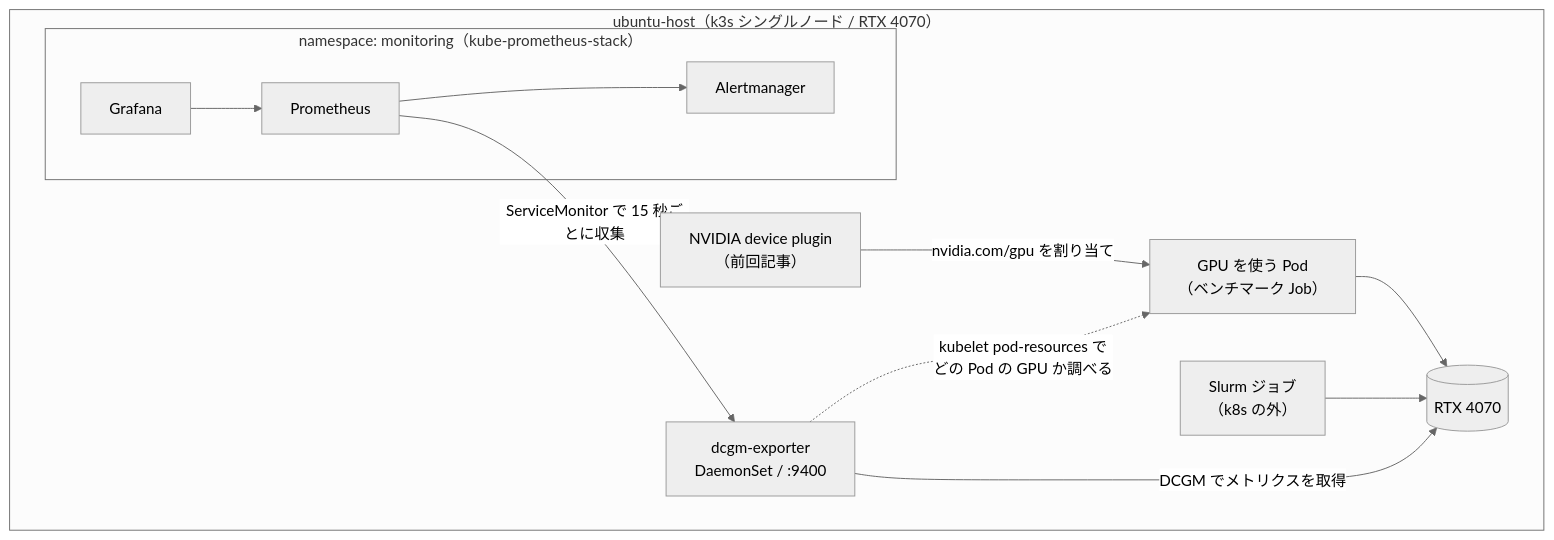
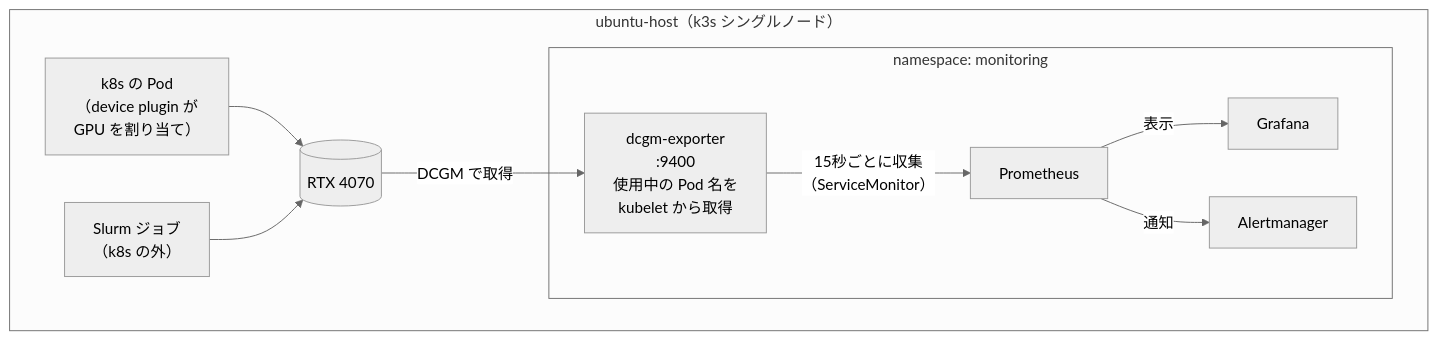
The diagram in public/k3s-gpu-monitoring-dcgm.md (k1nos/qiita-articles), drawn with Mermaid (neutral theme) before and after one commit. The commit also changed other lines of this file, not shown here.

Commit message:
Publish: GPU monitoring with DCGM Exporter (fix diagram)

````diff
--- a/public/k3s-gpu-monitoring-dcgm.md
+++ b/public/k3s-gpu-monitoring-dcgm.md
@@ -38,24 +38,21 @@
 ```mermaid
 flowchart LR
-  subgraph node["ubuntu-host（k3s シングルノード / RTX 4070）"]
+  subgraph node["ubuntu-host（k3s シングルノード）"]
     direction LR
+    job["k8s の Pod<br/>（device plugin が<br/>GPU を割り当て）"]
+    slurm["Slurm ジョブ<br/>（k8s の外）"]
     gpu[("RTX 4070")]
-    dp["NVIDIA device plugin<br/>（前回記事）"]
-    dcgm["dcgm-exporter<br/>DaemonSet / :9400"]
-    job["GPU を使う Pod<br/>（ベンチマーク Job）"]
-    slurm["Slurm ジョブ<br/>（k8s の外）"]
-    subgraph mon["namespace: monitoring（kube-prometheus-stack）"]
+    subgraph mon["namespace: monitoring"]
+      dcgm["dcgm-exporter<br/>:9400<br/>使用中の Pod 名を<br/>kubelet から取得"]
       prom["Prometheus"]
       graf["Grafana"]
       am["Alertmanager"]
     end
-    dp -- "nvidia.com/gpu を割り当て" --> job
     job --> gpu
     slurm --> gpu
-    dcgm -- "DCGM でメトリクスを取得" --> gpu
-    dcgm -. "kubelet pod-resources で<br/>どの Pod の GPU か調べる" .-> job
-    prom -- "ServiceMonitor で 15 秒ごとに収集" --> dcgm
-    graf --> prom
-    prom --> am
+    gpu -- "DCGM で取得" --> dcgm
+    dcgm -- "15秒ごとに収集<br/>（ServiceMonitor）" --> prom
+    prom -- 表示 --> graf
+    prom -- 通知 --> am
   end
 ```
````
